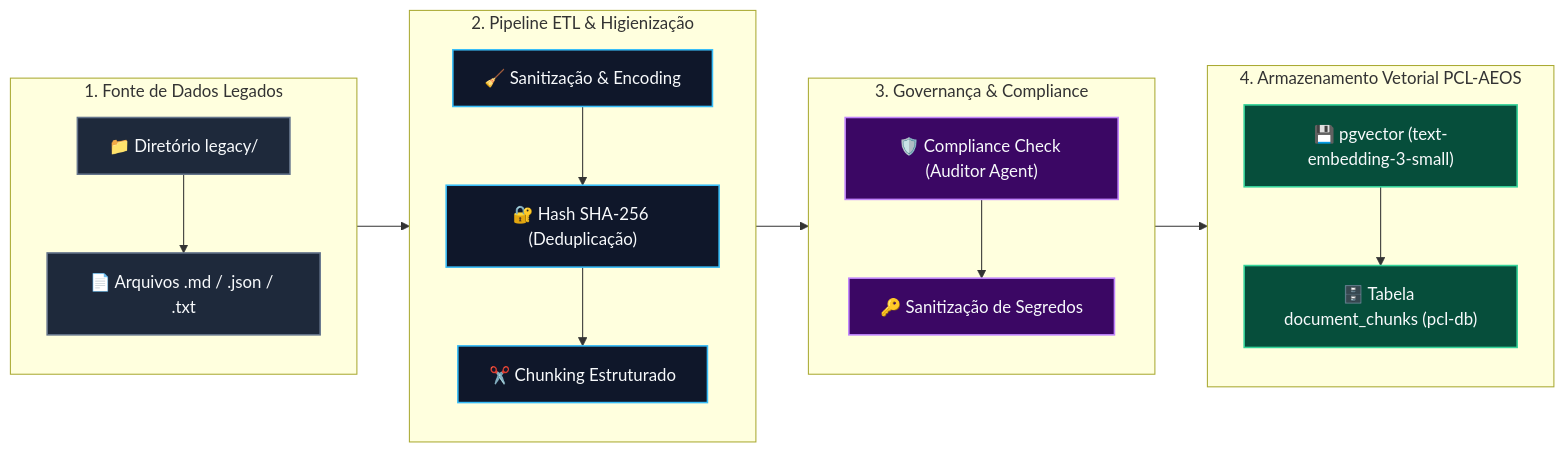
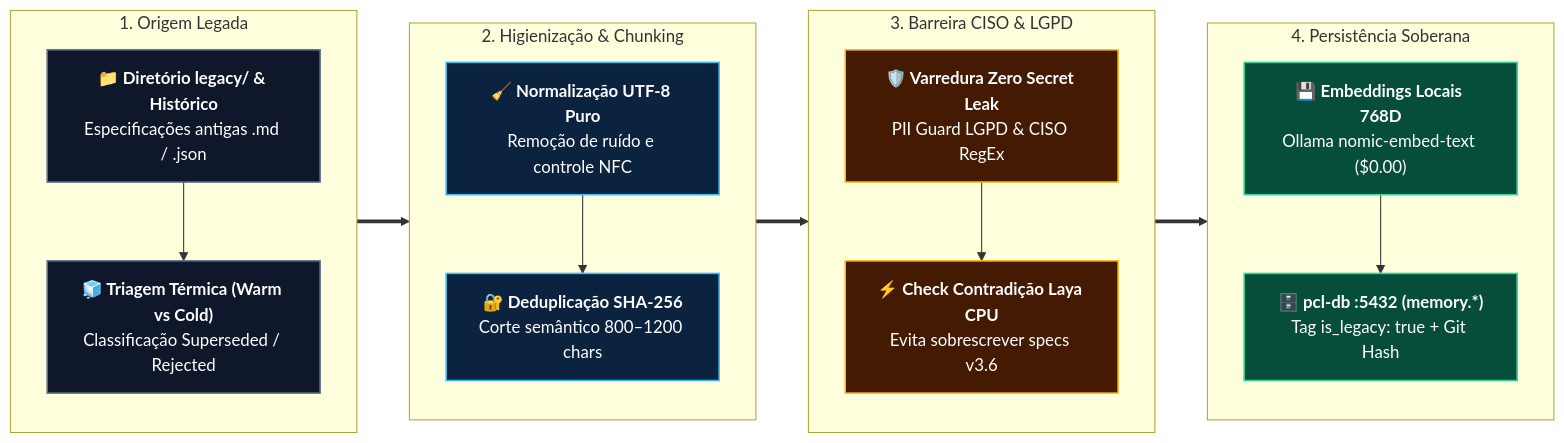
The diagram in projects/Living Architecture PCL AEOS/docs/legacy-migration/README.md (EnterDufter/PromptCoreLabs_AEOS), drawn with Mermaid before and after one commit. The commit also changed other lines of this file and 34 other files, not shown here.

First line of the commit message:
docs(aeos-v3.6): upgrade complete repository & Living Architecture portal with pure UTF-8, Dual-Track narrative & Cortex v7 diagrams

````diff
--- a/projects/Living Architecture PCL AEOS/docs/legacy-migration/README.md
+++ b/projects/Living Architecture PCL AEOS/docs/legacy-migration/README.md
@@ -15,25 +17,37 @@
 ```mermaid
-graph LR
-    classDef legacy fill:#1e293b,stroke:#64748b,stroke-width:1.5px,color:#f8fafc;
-    classDef process fill:#0f172a,stroke:#38bdf8,stroke-width:1.5px,color:#f8fafc;
-    classDef security fill:#3b0764,stroke:#c084fc,stroke-width:1.5px,color:#f8fafc;
-    classDef target fill:#064e3b,stroke:#34d399,stroke-width:1.5px,color:#f8fafc;
+flowchart LR
+    classDef legacy fill:#0f172a,stroke:#64748b,stroke-width:1.5px,color:#ffffff;
+    classDef process fill:#0c2340,stroke:#38bdf8,stroke-width:1.5px,color:#ffffff;
+    classDef security fill:#451a03,stroke:#fbbf24,stroke-width:1.5px,color:#ffffff;
+    classDef target fill:#064e3b,stroke:#34d399,stroke-width:1.5px,color:#ffffff;
 
-    subgraph Source["1. Fonte de Dados Legados"]
-        L1["📁 Diretório legacy/"]:::legacy --> L2["📄 Arquivos .md / .json / .txt"]:::legacy
+    subgraph Source["1. Origem Legada"]
+        direction TB
+        L1["<b>📁 Diretório legacy/ & Histórico</b><br/>Especificações antigas .md / .json"]:::legacy
+        L2["<b>🧊 Triagem Térmica (Warm vs Cold)</b><br/>Classificação Superseded / Rejected"]:::legacy
+        L1 --> L2
     end
 
-    subgraph ETL["2. Pipeline ETL & Higienização"]
-        E1["🧹 Sanitização & Encoding"]:::process --> E2["🔐 Hash SHA-256 (Deduplicação)"]:::process --> E3["✂️ Chunking Estruturado"]:::process
+    subgraph ETL["2. Higienização & Chunking"]
+        direction TB
+        E1["<b>🧹 Normalização UTF-8 Puro</b><br/>Remoção de ruído e controle NFC"]:::process
+        E2["<b>🔐 Deduplicação SHA-256</b><br/>Corte semântico 800–1200 chars"]:::process
+        E1 --> E2
     end
 
-    subgraph Audit["3. Governança & Compliance"]
-        A1["🛡️ Compliance Check (Auditor Agent)"]:::security --> A2["🔑 Sanitização de Segredos"]:::security
+    subgraph Audit["3. Barreira CISO & LGPD"]
+        direction TB
+        A1["<b>🛡️ Varredura Zero Secret Leak</b><br/>PII Guard LGPD & CISO RegEx"]:::security
+        A2["<b>⚡ Check Contradição Laya CPU</b><br/>Evita sobrescrever specs v3.6"]:::security
+        A1 --> A2
     end
 
-    subgraph Destination["4. Armazenamento Vetorial PCL-AEOS"]
-        D1["💾 pgvector (text-embedding-3-small)"]:::target --> D2["🗄️ Tabela document_chunks (pcl-db)"]:::target
+    subgraph Destination["4. Persistência Soberana"]
+        direction TB
+        D1["<b>💾 Embeddings Locais 768D</b><br/>Ollama nomic-embed-text ($0.00)"]:::target
+        D2["<b>🗄️ pcl-db :5432 (memory.*)</b><br/>Tag is_legacy: true + Git Hash"]:::target
+        D1 --> D2
     end
 
-    Source --> ETL --> Audit --> Destination
+    Source ==> ETL ==> Audit ==> Destination
 ```
````
